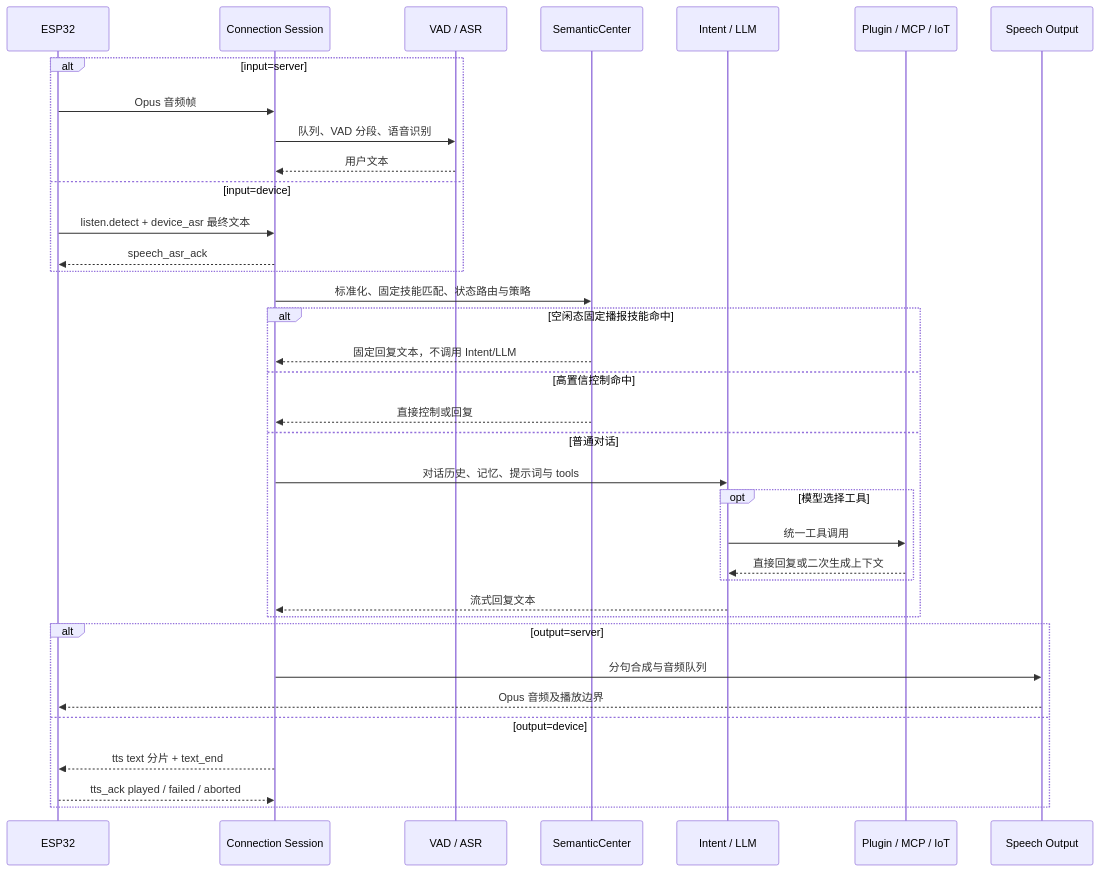
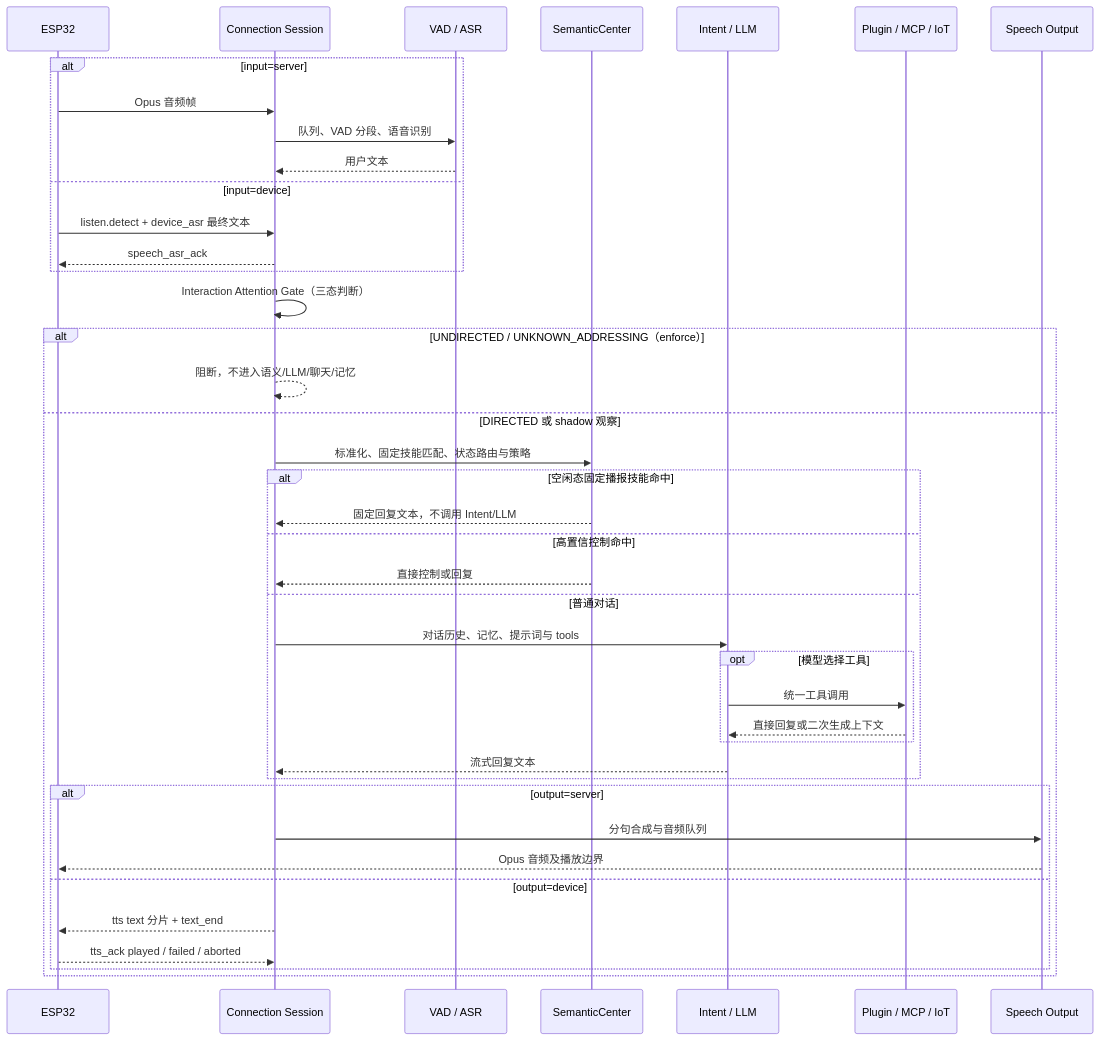
One commit to ruirui688/xiaozhiserver changed the third of 4 diagrams in docs/architecture/runtime-flows.md. Above: the diagram before and after it, drawn with Mermaid. The commit also changed other lines of this file and 14 other files, not shown here.

Commit message:
feat: add automotive interaction attention gate

````diff
--- a/docs/architecture/runtime-flows.md
+++ b/docs/architecture/runtime-flows.md
@@ -129,38 +130,43 @@
 ```mermaid
 sequenceDiagram
     participant D as ESP32
     participant S as Connection Session
     participant ASR as VAD / ASR
     participant SEM as SemanticCenter
     participant LLM as Intent / LLM
     participant TOOL as Plugin / MCP / IoT
     participant TTS as Speech Output
     alt input=server
         D->>S: Opus 音频帧
         S->>ASR: 队列、VAD 分段、语音识别
         ASR-->>S: 用户文本
     else input=device
         D->>S: listen.detect + device_asr 最终文本
         S-->>D: speech_asr_ack
     end
+    S->>S: Interaction Attention Gate（三态判断）
+    alt UNDIRECTED / UNKNOWN_ADDRESSING（enforce）
+        S-->>S: 阻断，不进入语义/LLM/聊天/记忆
+    else DIRECTED 或 shadow 观察
     S->>SEM: 标准化、固定技能匹配、状态路由与策略
     alt 空闲态固定播报技能命中
         SEM-->>S: 固定回复文本，不调用 Intent/LLM
     else 高置信控制命中
         SEM-->>S: 直接控制或回复
     else 普通对话
         S->>LLM: 对话历史、记忆、提示词与 tools
         opt 模型选择工具
             LLM->>TOOL: 统一工具调用
             TOOL-->>LLM: 直接回复或二次生成上下文
         end
         LLM-->>S: 流式回复文本
     end
     alt output=server
         S->>TTS: 分句合成与音频队列
         TTS-->>D: Opus 音频及播放边界
     else output=device
         S-->>D: tts text 分片 + text_end
         D-->>S: tts_ack played / failed / aborted
     end
+    end
 ```
````
